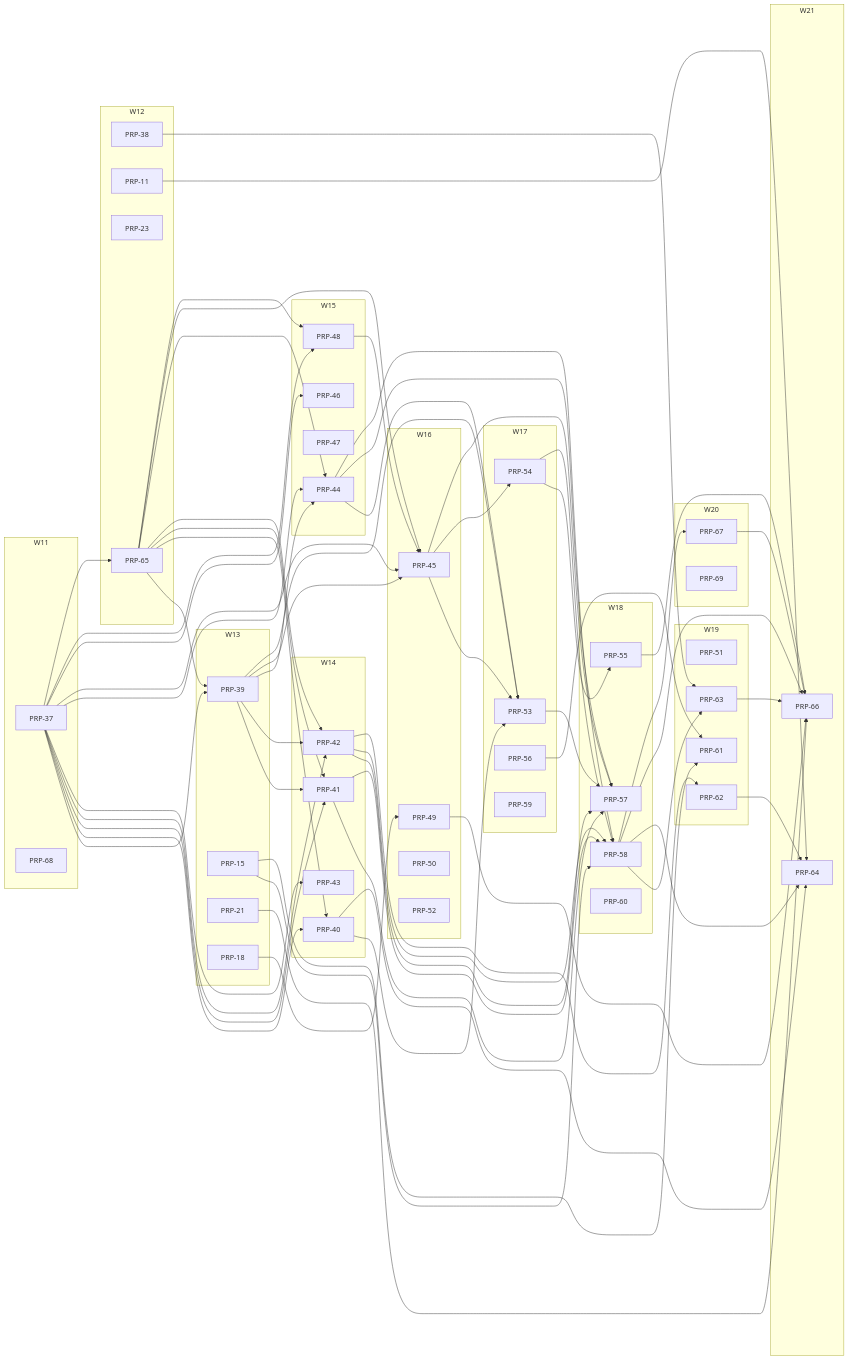
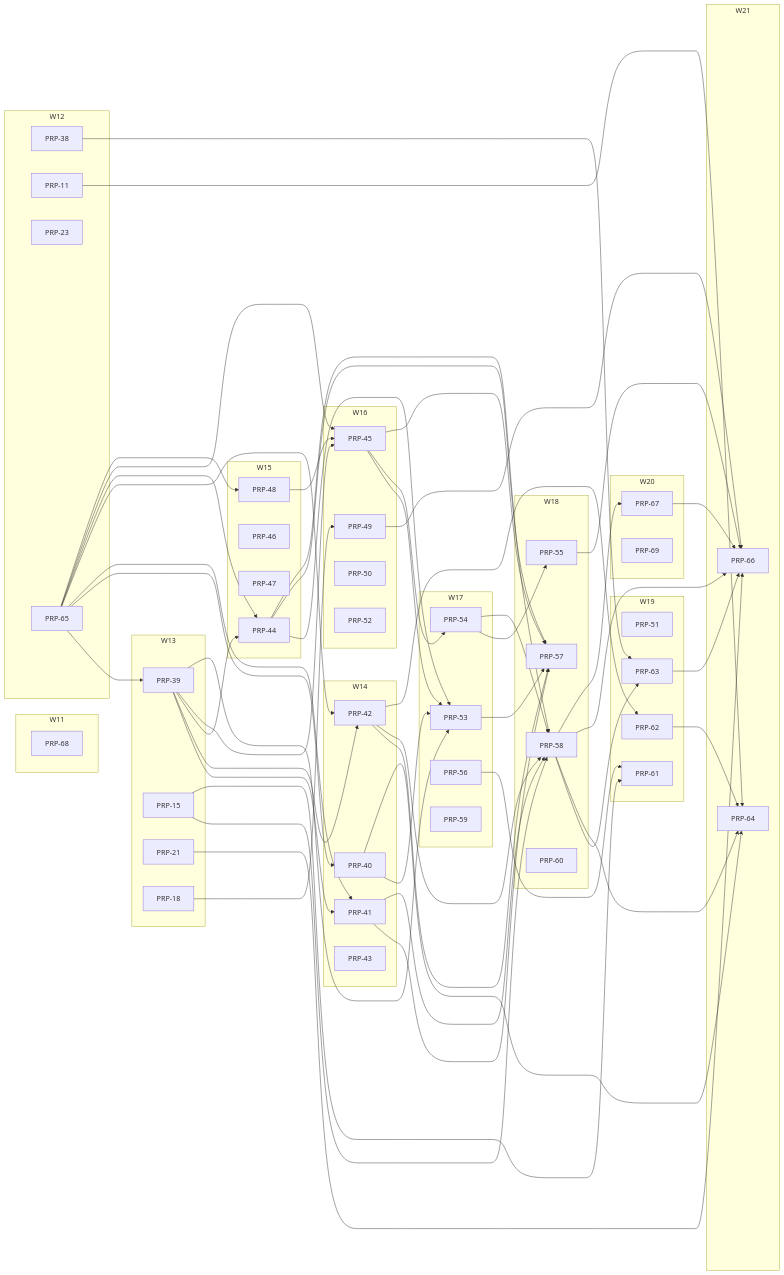
The diagram in PRPs/EXECUTION-PLAN.md (fgarofalo56/neurosphere), drawn with Mermaid before and after one commit. The commit also changed other lines of this file and 12 other files, not shown here.

````diff
--- a/PRPs/EXECUTION-PLAN.md
+++ b/PRPs/EXECUTION-PLAN.md
@@ -172,7 +171,6 @@
 ```mermaid
 flowchart LR
   subgraph W11
-    P37["PRP-37"]
     P68["PRP-68"]
   end
   subgraph W12
@@ -231,26 +229,17 @@
     P64["PRP-64"]
     P66["PRP-66"]
   end
-  P37 --> P39
   P65 --> P39
-  P37 --> P40
   P65 --> P40
-  P37 --> P41
   P65 --> P41
   P39 --> P41
-  P37 --> P42
   P65 --> P42
   P39 --> P42
-  P37 --> P43
-  P37 --> P44
   P65 --> P44
   P39 --> P44
-  P37 --> P45
   P65 --> P45
   P39 --> P45
   P48 --> P45
-  P37 --> P46
-  P37 --> P48
   P65 --> P48
   P18 --> P49
   P39 --> P53
@@ -278,7 +267,6 @@
   P40 --> P64
   P58 --> P64
   P62 --> P64
-  P37 --> P65
   P21 --> P66
   P49 --> P66
   P55 --> P66
````
